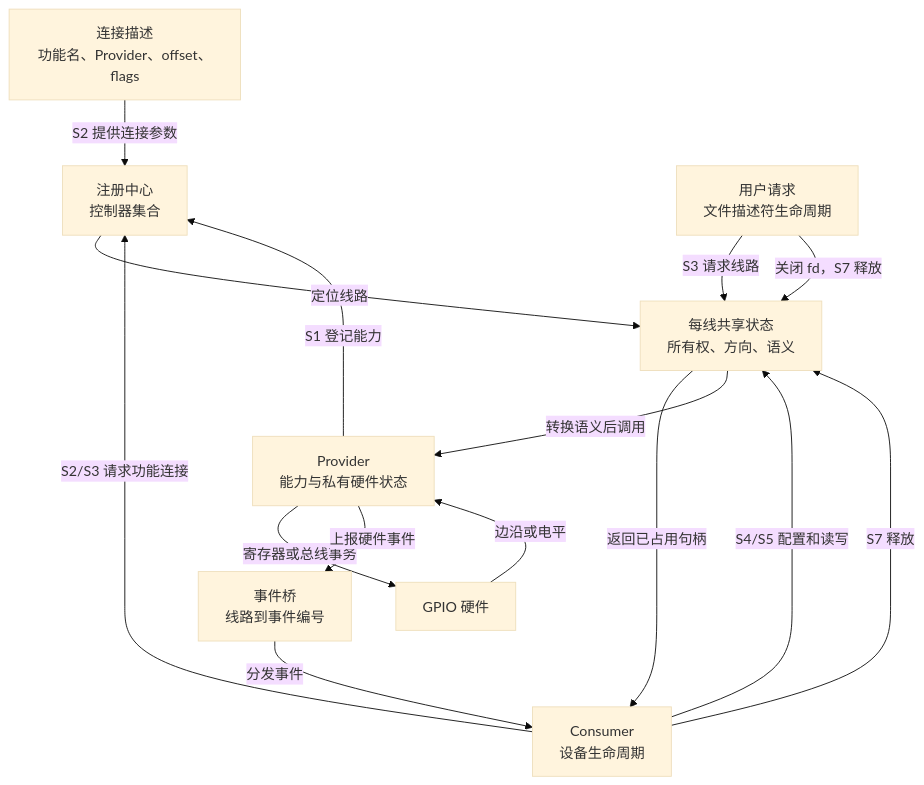
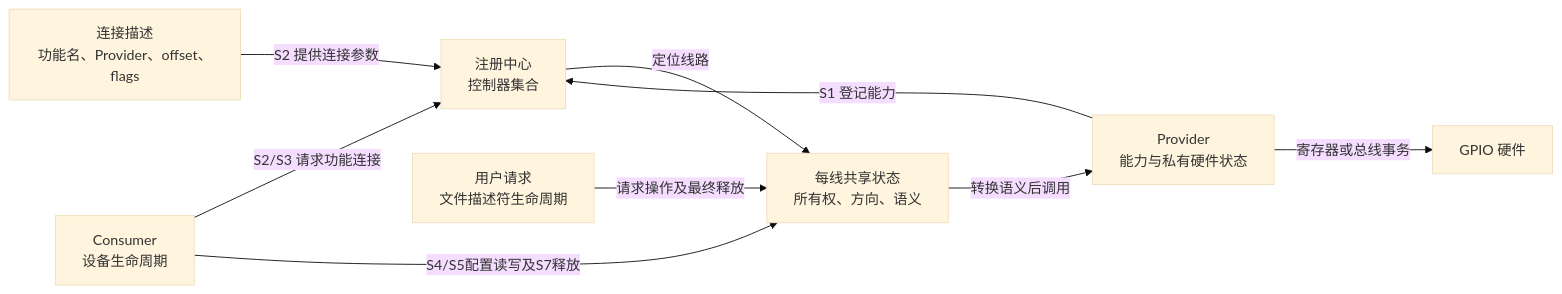
Before and after one commit to FormingSystem/linux_note: the first of 3 diagrams in knowledge/driver_model/gpio/P02_GPIO_角色_状态与完整操作周期.md, drawn with Mermaid (base theme). The commit also changed other lines of this file and 5 other files, not shown here.

````diff
--- a/knowledge/driver_model/gpio/P02_GPIO_角色_状态与完整操作周期.md
+++ b/knowledge/driver_model/gpio/P02_GPIO_角色_状态与完整操作周期.md
@@ -37,26 +43,19 @@
 ```mermaid
-flowchart TB
+flowchart LR
     FW[连接描述<br/>功能名、Provider、offset、flags]
     C[Consumer<br/>设备生命周期]
     R[注册中心<br/>控制器集合]
     LS[每线共享状态<br/>所有权、方向、语义]
     P[Provider<br/>能力与私有硬件状态]
-    E[事件桥<br/>线路到事件编号]
     U[用户请求<br/>文件描述符生命周期]
     H[GPIO 硬件]
 
     P -->|S1 登记能力| R
     FW -->|S2 提供连接参数| R
     C -->|S2/S3 请求功能连接| R
     R -->|定位线路| LS
-    LS -->|返回已占用句柄| C
-    U -->|S3 请求线路| LS
-    C -->|S4/S5 配置和读写| LS
+    U -->|请求操作及最终释放| LS
+    C -->|S4/S5配置读写及S7释放| LS
     LS -->|转换语义后调用| P
     P -->|寄存器或总线事务| H
-    H -->|边沿或电平| P
-    P -->|上报硬件事件| E
-    E -->|分发事件| C
-    C -->|S7 释放| LS
-    U -->|关闭 fd，S7 释放| LS
 ```
````
